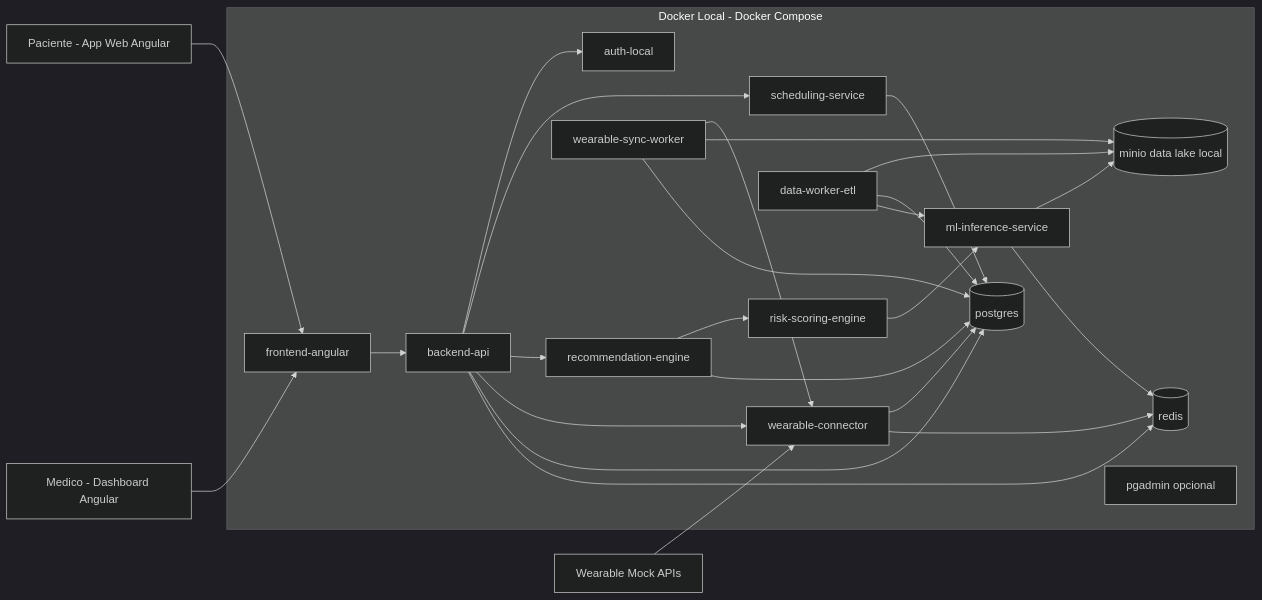
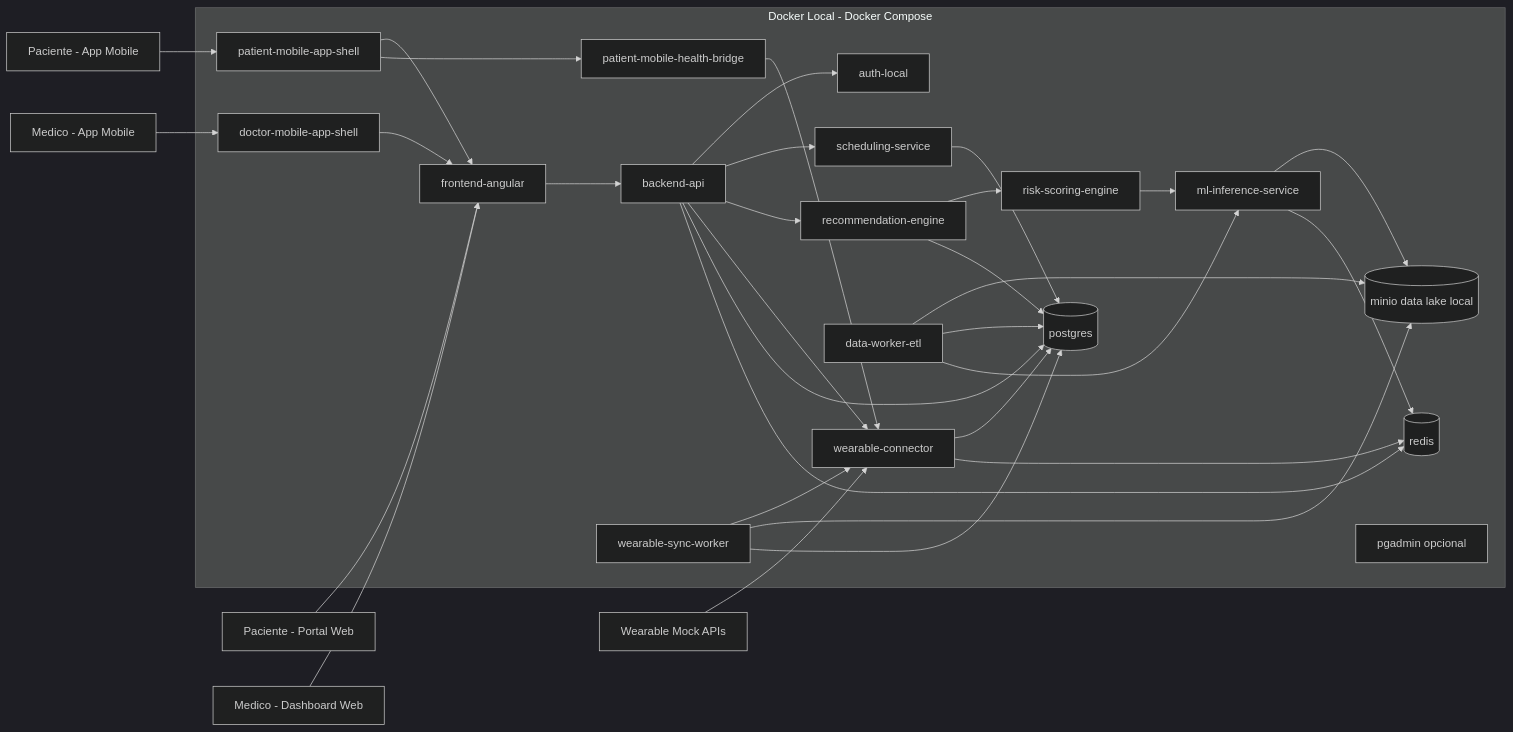
The diagram in ARQUITETURA CLOUD - MVP LOCAL DOCKER.md (ccps1-care-predict/care-plus-ccps1), drawn with Mermaid (dark theme) before and after one commit. The commit also changed other lines of this file and 6 other files, not shown here.

````diff
--- a/ARQUITETURA CLOUD - MVP LOCAL DOCKER.md
+++ b/ARQUITETURA CLOUD - MVP LOCAL DOCKER.md
@@ -34,55 +39,66 @@
 ```mermaid
 flowchart LR
 
-Paciente[Paciente - App Web Angular]
-Medico[Medico - Dashboard Angular]
+PacienteDesktop[Paciente - Portal Web]
+PacienteMobile[Paciente - App Mobile]
+MedicoDesktop[Medico - Dashboard Web]
+MedicoMobile[Medico - App Mobile]
 WearableMock[Wearable Mock APIs]
 
 subgraph DockerHost[Docker Local - Docker Compose]
   Frontend[frontend-angular]
+  PatientMobileShell[patient-mobile-app-shell]
+  DoctorMobileShell[doctor-mobile-app-shell]
+  MobileBridge[patient-mobile-health-bridge]
   API[backend-api]
   Auth[auth-local]
   Scheduler[scheduling-service]
   RecEngine[recommendation-engine]
   RiskEngine[risk-scoring-engine]
   MLPredict[ml-inference-service]
   Worker[data-worker-etl]
   WearableConn[wearable-connector]
   WearableSync[wearable-sync-worker]
   Postgres[(postgres)]
   MinIO[(minio data lake local)]
   Redis[(redis)]
   PgAdmin[pgadmin opcional]
 end
 
-Paciente --> Frontend
-Medico --> Frontend
+PacienteDesktop --> Frontend
+PacienteMobile --> PatientMobileShell
+PatientMobileShell --> Frontend
+PatientMobileShell --> MobileBridge
+MedicoDesktop --> Frontend
+MedicoMobile --> DoctorMobileShell
+DoctorMobileShell --> Frontend
 WearableMock --> WearableConn
+MobileBridge --> WearableConn
 
 Frontend --> API
 API --> Auth
 API --> Scheduler
 API --> RecEngine
 RecEngine --> RiskEngine
 RiskEngine --> MLPredict
 
 API --> WearableConn
 WearableConn --> Postgres
 WearableConn --> Redis
 
 WearableSync --> WearableConn
 WearableSync --> MinIO
 WearableSync --> Postgres
 
 API --> Postgres
 Worker --> MinIO
 Worker --> Postgres
 Worker --> MLPredict
 
 Scheduler --> Postgres
 RecEngine --> Postgres
 MLPredict --> MinIO
 
 API --> Redis
 MLPredict --> Redis
 ```
````
